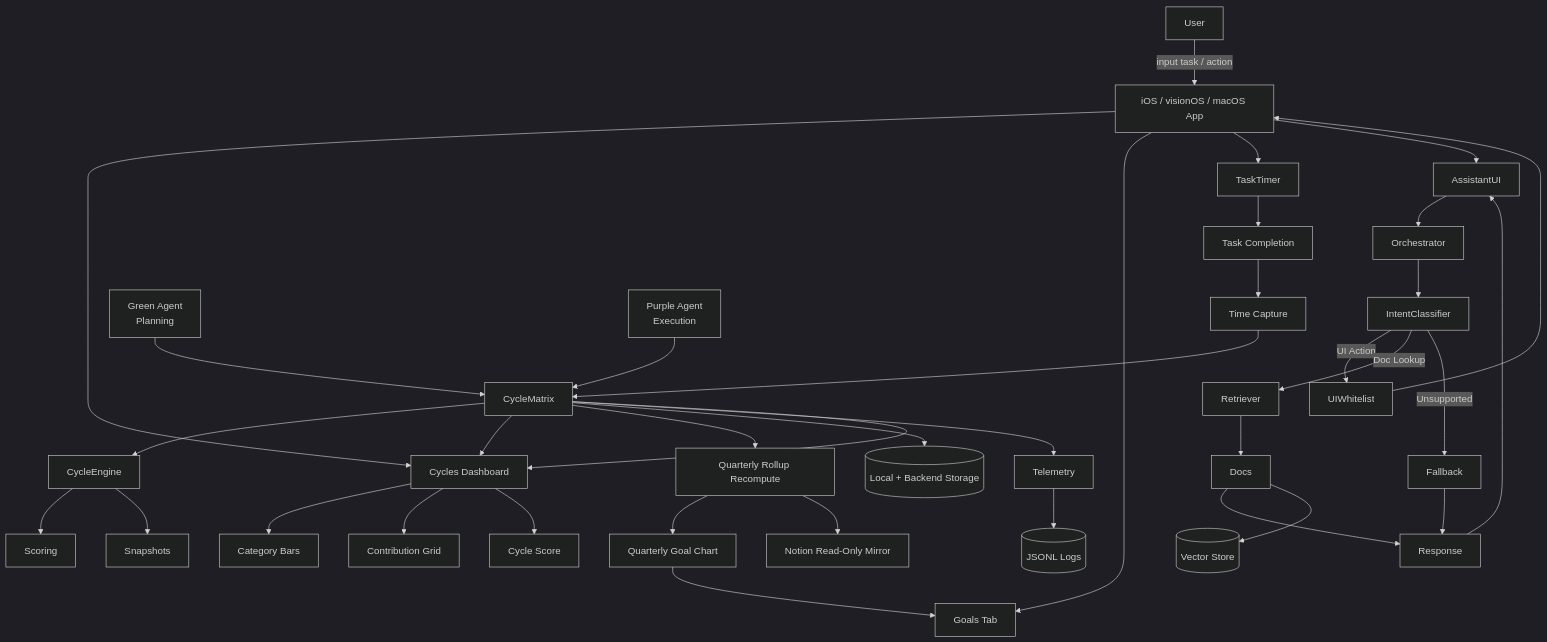
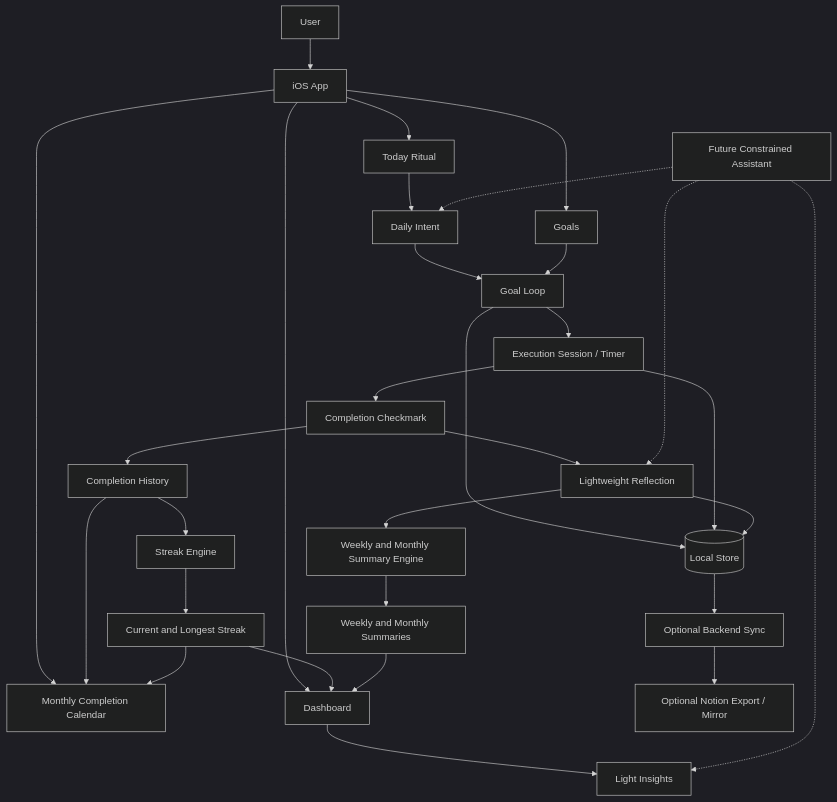
One commit to erinjerri/timebite-platform changed the diagram in docs/system-architecture.md. Above: the diagram before and after it, drawn with Mermaid (dark theme). The commit also changed other lines of this file and 35 other files, not shown here.

````diff
--- a/docs/system-architecture.md
+++ b/docs/system-architecture.md
@@ -9,59 +15,40 @@
 ```mermaid
 flowchart TD
-    %% USER
-    User -->|input task / action| App
+    User --> App["iOS App"]
 
-    %% APP LAYER
-    App["iOS / visionOS / macOS App"]
-    App --> CyclesUI["Cycles Dashboard"]
-    App --> GoalsUI["Goals Tab"]
-    App --> TaskTimer
-    App --> AssistantUI
+    App --> Today["Today Ritual"]
+    App --> Goals["Goals"]
+    App --> Calendar["Monthly Completion Calendar"]
+    App --> Dashboard["Dashboard"]
 
-    %% CORE LOOP
-    TaskTimer --> TaskCompletion["Task Completion"]
-    TaskCompletion --> TimeCapture["Time Capture"]
-    TimeCapture --> CycleMatrix
-    CycleMatrix --> CycleEngine
-    CycleEngine --> Scoring
-    CycleEngine --> Snapshots
-    CycleMatrix --> CyclesUI
-    CycleMatrix --> QuarterlyRollup["Quarterly Rollup Recompute"]
-    QuarterlyRollup --> GoalsChart["Quarterly Goal Chart"]
-    GoalsChart --> GoalsUI
-    QuarterlyRollup --> NotionMirror["Notion Read-Only Mirror"]
+    Today --> Intent["Daily Intent"]
+    Intent --> GoalLoop["Goal Loop"]
+    Goals --> GoalLoop
 
-    %% UI COMPONENTS
-    CyclesUI --> Bars["Category Bars"]
-    CyclesUI --> Grid["Contribution Grid"]
-    CyclesUI --> Score["Cycle Score"]
+    GoalLoop --> Session["Execution Session / Timer"]
+    Session --> Completion["Completion Checkmark"]
+    Completion --> History["Completion History"]
+    Completion --> Reflection["Lightweight Reflection"]
 
-    %% AGENTS
-    GreenAgent["Green Agent<br/>Planning"]
-    PurpleAgent["Purple Agent<br/>Execution"]
-    GreenAgent --> CycleMatrix
-    PurpleAgent --> CycleMatrix
+    History --> StreakEngine["Streak Engine"]
+    Reflection --> SummaryEngine["Weekly and Monthly Summary Engine"]
+    StreakEngine --> Streaks["Current and Longest Streak"]
+    SummaryEngine --> Summaries["Weekly and Monthly Summaries"]
 
-    %% ASSISTANT (TIGHT RAG)
-    AssistantUI --> Orchestrator
-    Orchestrator --> IntentClassifier
-    IntentClassifier -->|UI Action| UIWhitelist
-    IntentClassifier -->|Doc Lookup| Retriever
-    IntentClassifier -->|Unsupported| Fallback
-    UIWhitelist --> App
-    Retriever --> Docs
-    Docs --> Response
-    Fallback --> Response
-    Response --> AssistantUI
+    History --> Calendar
+    Streaks --> Calendar
+    Streaks --> Dashboard
+    Summaries --> Dashboard
 
-    %% DATA
-    CycleMatrix --> Storage[(Local + Backend Storage)]
-    Docs --> VectorDB[(Vector Store)]
+    GoalLoop --> Store[(Local Store)]
+    Session --> Store
+    Reflection --> Store
+    Store --> Sync["Optional Backend Sync"]
 
-    %% TELEMETRY
-    CycleMatrix --> Telemetry
-    Telemetry --> Logs[(JSONL Logs)]
+    Dashboard --> Insights["Light Insights"]
+    Sync --> Notion["Optional Notion Export / Mirror"]
 
-    %% OUTPUT
-    CycleMatrix --> CyclesUI
+    Assistant["Future Constrained Assistant"] -.-> Intent
+    Assistant -.-> Reflection
+    Assistant -.-> Insights
 ```
````
